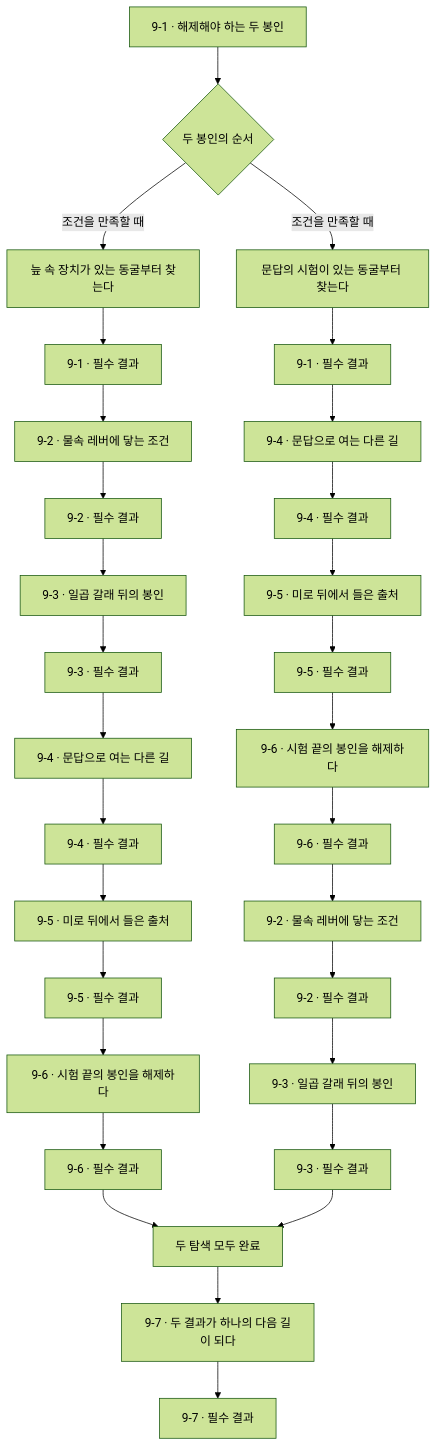
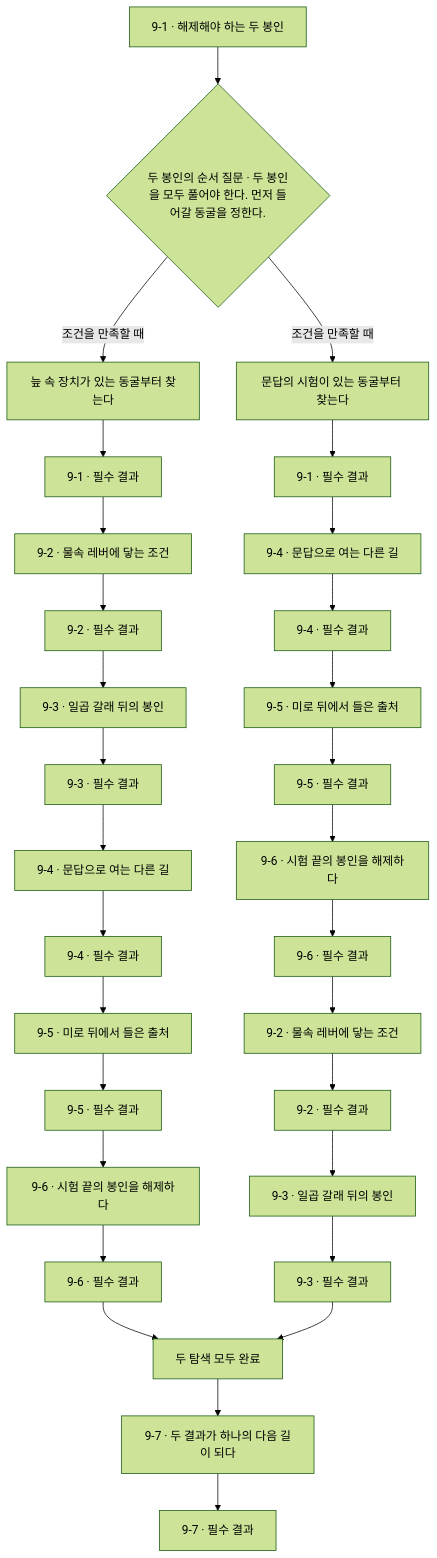
Diagram 11 of 17 in novel/writing/publication/generated/flow.md (obmaz/lore), drawn with Mermaid (forest theme) before and after one commit. The commit also changed other lines of this file and 38 other files, not shown here.

````diff
--- a/novel/writing/publication/generated/flow.md
+++ b/novel/writing/publication/generated/flow.md
@@ -517,61 +523,61 @@
 ```mermaid
 flowchart TB
   n5a31bcd048cdb49e["9-1 · 해제해야 하는 두 봉인"]
-  ned7920098391b842{"두 봉인의 순서"}
+  ned7920098391b842{"두 봉인의 순서 질문 · 두 봉인을 모두 풀어야 한다. 먼저 들어갈 동굴을 정한다."}
   nd6284598b9e1c3c2["두 탐색 모두 완료"]
   n7189034055f8da23["늪 속 장치가 있는 동굴부터 찾는다"]
   n5c6e6ee7cb8651d5["9-1 · 필수 결과"]
   n568b13b0d58b9453["9-2 · 물속 레버에 닿는 조건"]
   n54bc867b522cfd71["9-2 · 필수 결과"]
   naf3cbf7f8823dea3["9-3 · 일곱 갈래 뒤의 봉인"]
   n301813bd38d2d872["9-3 · 필수 결과"]
   n3bb2e86f93a5133c["9-4 · 문답으로 여는 다른 길"]
   na29c6406789185ae["9-4 · 필수 결과"]
   nf9eaffcbe50f8f82["9-5 · 미로 뒤에서 들은 출처"]
   n78e46d87ab69eb5f["9-5 · 필수 결과"]
   n9c9b72ab0ded8ae5["9-6 · 시험 끝의 봉인을 해제하다"]
   nfe03a05dcba17f5b["9-6 · 필수 결과"]
   n9f6c1675f9b87a31["문답의 시험이 있는 동굴부터 찾는다"]
   nee0c931c4c2de572["9-1 · 필수 결과"]
   nf1921b6624151c72["9-4 · 문답으로 여는 다른 길"]
   n16547d9b365062ac["9-4 · 필수 결과"]
   n5b848d1c684b1483["9-5 · 미로 뒤에서 들은 출처"]
   neba2615549804954["9-5 · 필수 결과"]
   na6c96ad2aef22282["9-6 · 시험 끝의 봉인을 해제하다"]
   nc90d562a8bef4c55["9-6 · 필수 결과"]
   nbc6bb7416a4fce66["9-2 · 물속 레버에 닿는 조건"]
   nab6c80cf2d8efd71["9-2 · 필수 결과"]
   n5c4e9de218435f71["9-3 · 일곱 갈래 뒤의 봉인"]
   nca3799a90ba8aae0["9-3 · 필수 결과"]
   nf42af18a4e8ee019["9-7 · 두 결과가 하나의 다음 길이 되다"]
   n0674e2d386001e0d["9-7 · 필수 결과"]
   n5a31bcd048cdb49e --> ned7920098391b842
   ned7920098391b842 -->|조건을 만족할 때| n7189034055f8da23
   n7189034055f8da23 --> n5c6e6ee7cb8651d5
   n568b13b0d58b9453 --> n54bc867b522cfd71
   n5c6e6ee7cb8651d5 --> n568b13b0d58b9453
   naf3cbf7f8823dea3 --> n301813bd38d2d872
   n54bc867b522cfd71 --> naf3cbf7f8823dea3
   n3bb2e86f93a5133c --> na29c6406789185ae
   n301813bd38d2d872 --> n3bb2e86f93a5133c
   nf9eaffcbe50f8f82 --> n78e46d87ab69eb5f
   na29c6406789185ae --> nf9eaffcbe50f8f82
   n9c9b72ab0ded8ae5 --> nfe03a05dcba17f5b
   n78e46d87ab69eb5f --> n9c9b72ab0ded8ae5
   nfe03a05dcba17f5b --> nd6284598b9e1c3c2
   ned7920098391b842 -->|조건을 만족할 때| n9f6c1675f9b87a31
   n9f6c1675f9b87a31 --> nee0c931c4c2de572
   nf1921b6624151c72 --> n16547d9b365062ac
   nee0c931c4c2de572 --> nf1921b6624151c72
   n5b848d1c684b1483 --> neba2615549804954
   n16547d9b365062ac --> n5b848d1c684b1483
   na6c96ad2aef22282 --> nc90d562a8bef4c55
   neba2615549804954 --> na6c96ad2aef22282
   nbc6bb7416a4fce66 --> nab6c80cf2d8efd71
   nc90d562a8bef4c55 --> nbc6bb7416a4fce66
   n5c4e9de218435f71 --> nca3799a90ba8aae0
   nab6c80cf2d8efd71 --> n5c4e9de218435f71
   nca3799a90ba8aae0 --> nd6284598b9e1c3c2
   nf42af18a4e8ee019 --> n0674e2d386001e0d
   nd6284598b9e1c3c2 --> nf42af18a4e8ee019
 ```
````
